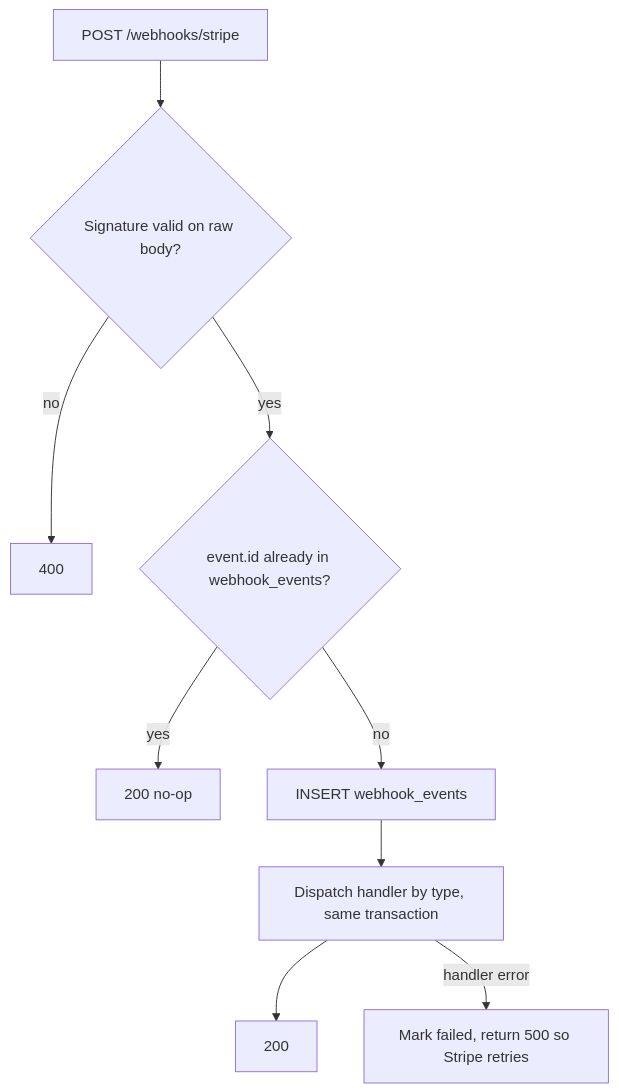
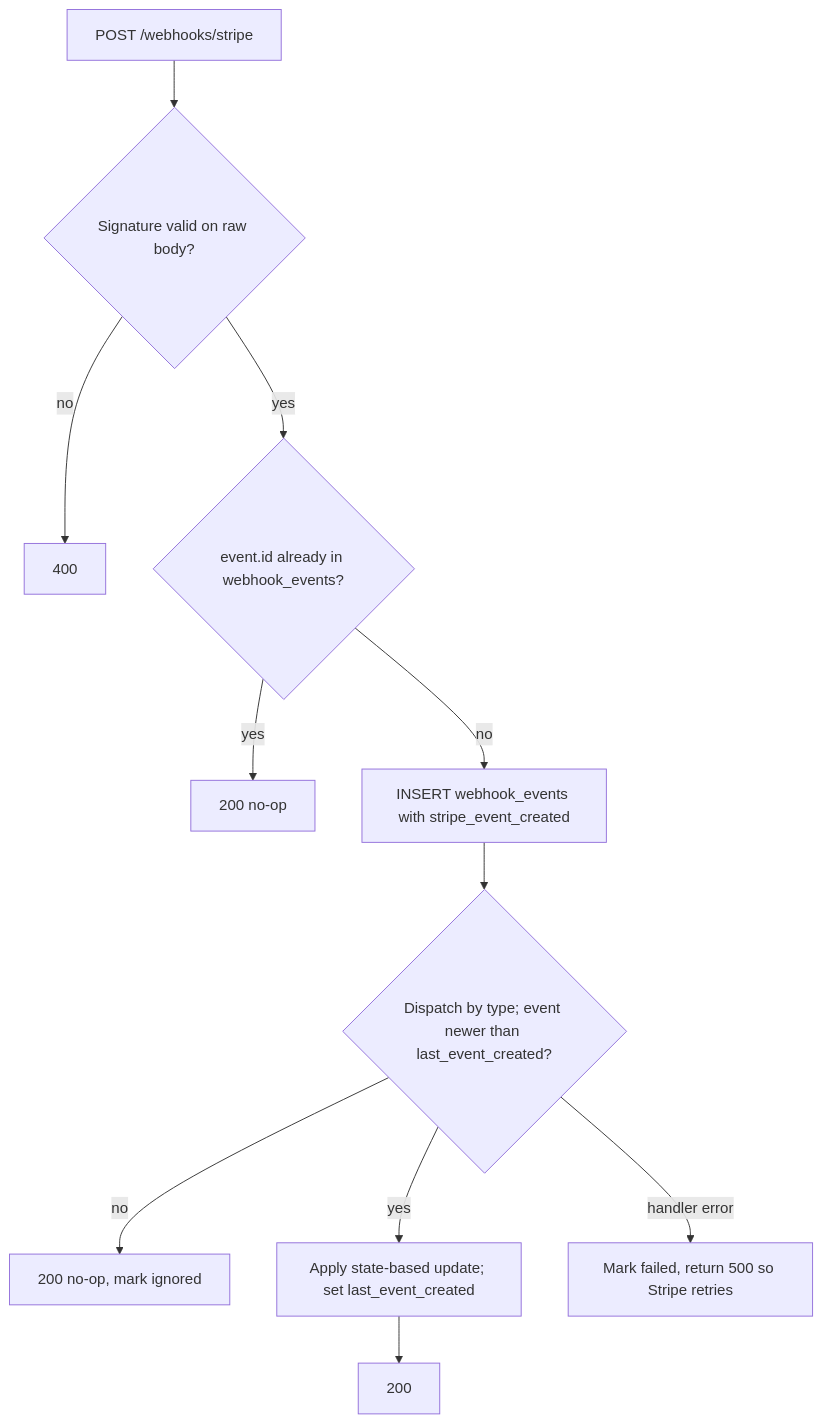
The ninth of 9 diagrams in docs/ARCHITECTURE.md (code4wealth/usage-metering-billing-engine), drawn with Mermaid before and after one commit. The commit also changed other lines of this file and 4 other files, not shown here.

Commit message:
docs: model Stripe-owned invoices and webhook ordering

````diff
--- a/docs/ARCHITECTURE.md
+++ b/docs/ARCHITECTURE.md
@@ -226,11 +230,13 @@
 ```mermaid
 flowchart TD
     W[POST /webhooks/stripe] --> V{Signature valid on raw body?}
     V -- no --> E400[400]
     V -- yes --> DUP{event.id already in webhook_events?}
     DUP -- yes --> OK200[200 no-op]
-    DUP -- no --> INS[INSERT webhook_events]
-    INS --> H[Dispatch handler by type, same transaction]
-    H --> OK[200]
+    DUP -- no --> INS[INSERT webhook_events with stripe_event_created]
+    INS --> H{Dispatch by type; event newer than last_event_created?}
+    H -- no --> OLD[200 no-op, mark ignored]
+    H -- yes --> AP[Apply state-based update; set last_event_created]
+    AP --> OK[200]
     H -- handler error --> F[Mark failed, return 500 so Stripe retries]
 ```
````
